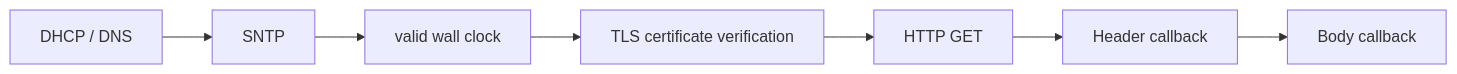
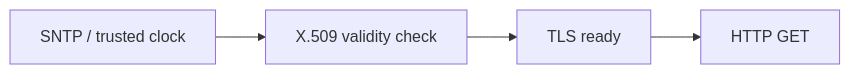
The sixth of 7 diagrams in docs/37-http-https-client.md (wdfk-prog/lwIP-Source-Lab), drawn with Mermaid before and after one commit. The commit also changed other lines of this file and 49 other files, not shown here.

````diff
--- a/docs/37-http-https-client.md
+++ b/docs/37-http-https-client.md
@@ -674,9 +862,6 @@
 ```mermaid
 flowchart LR
-    A["DHCP / DNS"] --> B["SNTP"]
-    B --> C["valid wall clock"]
-    C --> D["TLS certificate verification"]
-    D --> E["HTTP GET"]
-    E --> F["Header callback"]
-    F --> G["Body callback"]
+    A["SNTP / trusted clock"] --> B["X.509 validity check"]
+    B --> C["TLS ready"]
+    C --> D["HTTP GET"]
 ```
````
